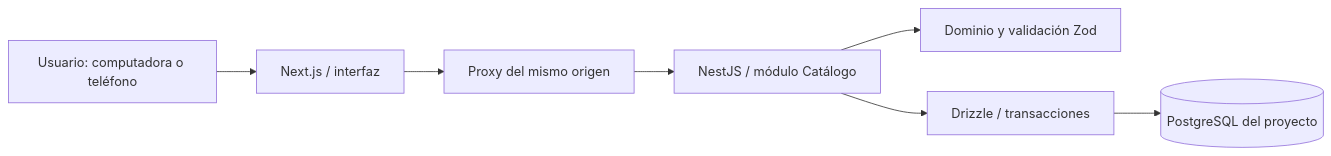
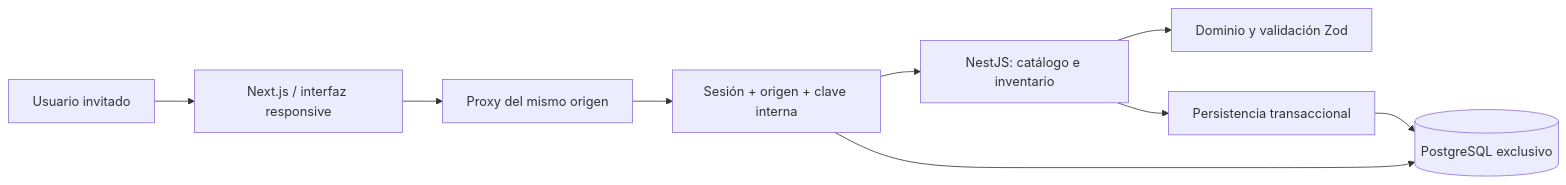
The diagram in docs/architecture.md (milanexpress2026-commits/manzanas-maracay), drawn with Mermaid before and after one commit. The commit also changed other lines of this file and 19 other files, not shown here.

````diff
--- a/docs/architecture.md
+++ b/docs/architecture.md
@@ -7,9 +7,11 @@
 ```mermaid
 flowchart LR
-  U[Usuario: computadora o teléfono] --> W[Next.js / interfaz]
+  U[Usuario invitado] --> W[Next.js / interfaz responsive]
   W --> P[Proxy del mismo origen]
-  P --> A[NestJS / módulo Catálogo]
+  P --> G[Sesión + origen + clave interna]
+  G --> A[NestJS: catálogo e inventario]
   A --> D[Dominio y validación Zod]
-  A --> R[Drizzle / transacciones]
-  R --> DB[(PostgreSQL del proyecto)]
+  A --> R[Persistencia transaccional]
+  G --> DB[(PostgreSQL exclusivo)]
+  R --> DB
 ```
````
